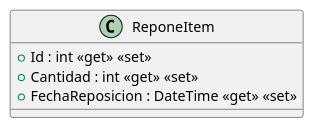
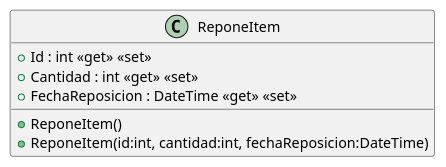
The diagram in src/AppForSEII.API/ClassDiagram/ReponeItem.puml (ISII2627JRJ/ISII2627JRJ), drawn with PlantUML before and after one commit. The commit also changed 16 other files, not shown here.

First line of the commit message:
Constructores añadidos y diagramas uml actualizados (#48)

```diff
--- a/src/AppForSEII.API/ClassDiagram/ReponeItem.puml
+++ b/src/AppForSEII.API/ClassDiagram/ReponeItem.puml
@@ -1,7 +1,9 @@
 @startuml
 class ReponeItem {
+    + ReponeItem()
+    + ReponeItem(id:int, cantidad:int, fechaReposicion:DateTime)
     + Id : int <<get>> <<set>>
     + Cantidad : int <<get>> <<set>>
     + FechaReposicion : DateTime <<get>> <<set>>
 }
 @enduml
```
